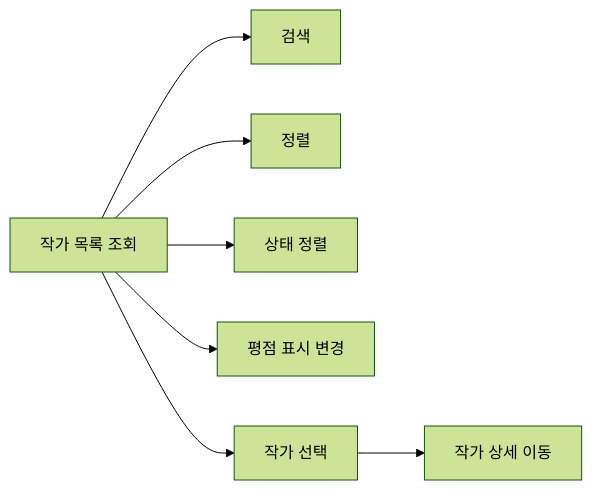
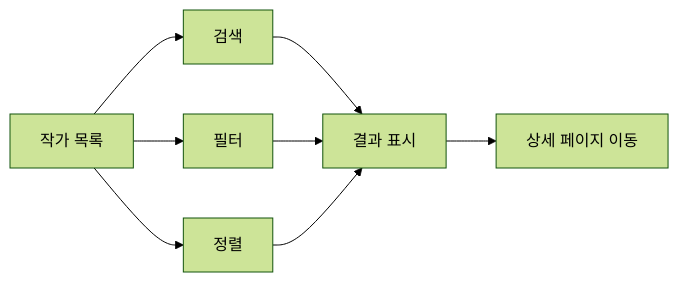
One commit to PKT0623/PixivLocalManager changed the third of 12 diagrams in docs/03_SYSTEM_FLOW.md. Above: the diagram before and after it, drawn with Mermaid (forest theme). The commit also changed other lines of this file and 10 other files, not shown here.

````diff
--- a/docs/03_SYSTEM_FLOW.md
+++ b/docs/03_SYSTEM_FLOW.md
@@ -76,17 +50,15 @@
 ```mermaid
 flowchart LR
 
-A[작가 목록 조회]
+A[작가 목록]
 
 A --> B[검색]
+A --> C[필터]
+A --> D[정렬]
 
-A --> C[정렬]
+B --> E[결과 표시]
+C --> E
+D --> E
 
-A --> D[상태 정렬]
-
-A --> E[평점 표시 변경]
-
-A --> F[작가 선택]
-
-F --> G[작가 상세 이동]
+E --> F[상세 페이지 이동]
 ```
````
